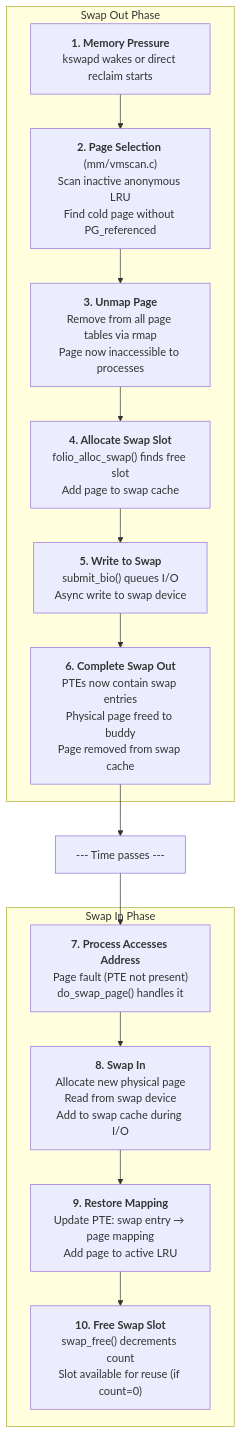
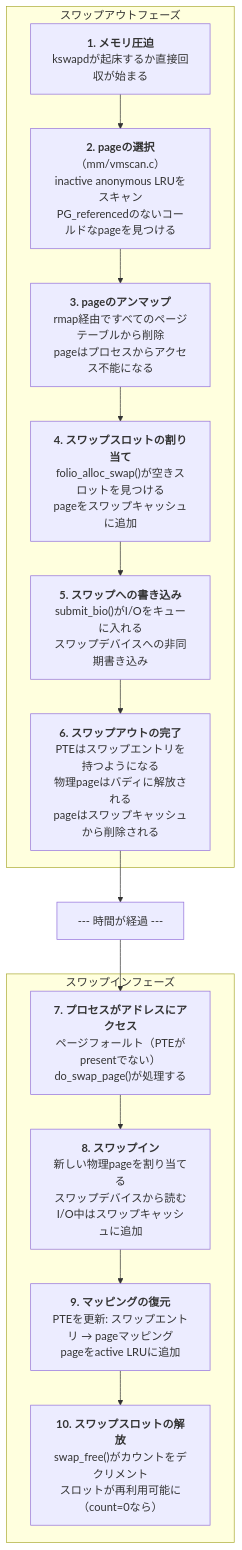
Diagram 12 of 16 in docs/mm/swapping.md (doguto/linux-kernel-internals-jp), drawn with Mermaid before and after one commit. The commit also changed other lines of this file and 27 other files, not shown here.

````diff
--- a/docs/mm/swapping.md
+++ b/docs/mm/swapping.md
@@ -480,33 +480,33 @@
 ```mermaid
 flowchart TB
-    subgraph SwapOutPhase["Swap Out Phase"]
-        Step1["<b>1. Memory Pressure</b><br/>kswapd wakes or direct reclaim starts"]
-        Step2["<b>2. Page Selection</b> (mm/vmscan.c)<br/>Scan inactive anonymous LRU<br/>Find cold page without PG_referenced"]
-        Step3["<b>3. Unmap Page</b><br/>Remove from all page tables via rmap<br/>Page now inaccessible to processes"]
-        Step4["<b>4. Allocate Swap Slot</b><br/>folio_alloc_swap() finds free slot<br/>Add page to swap cache"]
-        Step5["<b>5. Write to Swap</b><br/>submit_bio() queues I/O<br/>Async write to swap device"]
-        Step6["<b>6. Complete Swap Out</b><br/>PTEs now contain swap entries<br/>Physical page freed to buddy<br/>Page removed from swap cache"]
+    subgraph SwapOutPhase["スワップアウトフェーズ"]
+        Step1["<b>1. メモリ圧迫</b><br/>kswapdが起床するか直接回収が始まる"]
+        Step2["<b>2. pageの選択</b>（mm/vmscan.c）<br/>inactive anonymous LRUをスキャン<br/>PG_referencedのないコールドなpageを見つける"]
+        Step3["<b>3. pageのアンマップ</b><br/>rmap経由ですべてのページテーブルから削除<br/>pageはプロセスからアクセス不能になる"]
+        Step4["<b>4. スワップスロットの割り当て</b><br/>folio_alloc_swap()が空きスロットを見つける<br/>pageをスワップキャッシュに追加"]
+        Step5["<b>5. スワップへの書き込み</b><br/>submit_bio()がI/Oをキューに入れる<br/>スワップデバイスへの非同期書き込み"]
+        Step6["<b>6. スワップアウトの完了</b><br/>PTEはスワップエントリを持つようになる<br/>物理pageはバディに解放される<br/>pageはスワップキャッシュから削除される"]
 
         Step1 --> Step2
         Step2 --> Step3
         Step3 --> Step4
         Step4 --> Step5
         Step5 --> Step6
     end
 
-    TimePasses["--- Time passes ---"]
+    TimePasses["--- 時間が経過 ---"]
 
-    subgraph SwapInPhase["Swap In Phase"]
-        Step7["<b>7. Process Accesses Address</b><br/>Page fault (PTE not present)<br/>do_swap_page() handles it"]
-        Step8["<b>8. Swap In</b><br/>Allocate new physical page<br/>Read from swap device<br/>Add to swap cache during I/O"]
-        Step9["<b>9. Restore Mapping</b><br/>Update PTE: swap entry → page mapping<br/>Add page to active LRU"]
-        Step10["<b>10. Free Swap Slot</b><br/>swap_free() decrements count<br/>Slot available for reuse (if count=0)"]
+    subgraph SwapInPhase["スワップインフェーズ"]
+        Step7["<b>7. プロセスがアドレスにアクセス</b><br/>ページフォールト（PTEがpresentでない）<br/>do_swap_page()が処理する"]
+        Step8["<b>8. スワップイン</b><br/>新しい物理pageを割り当てる<br/>スワップデバイスから読む<br/>I/O中はスワップキャッシュに追加"]
+        Step9["<b>9. マッピングの復元</b><br/>PTEを更新: スワップエントリ → pageマッピング<br/>pageをactive LRUに追加"]
+        Step10["<b>10. スワップスロットの解放</b><br/>swap_free()がカウントをデクリメント<br/>スロットが再利用可能に（count=0なら）"]
 
         Step7 --> Step8
         Step8 --> Step9
         Step9 --> Step10
     end
 
     Step6 --> TimePasses
     TimePasses --> Step7
 ```
````
